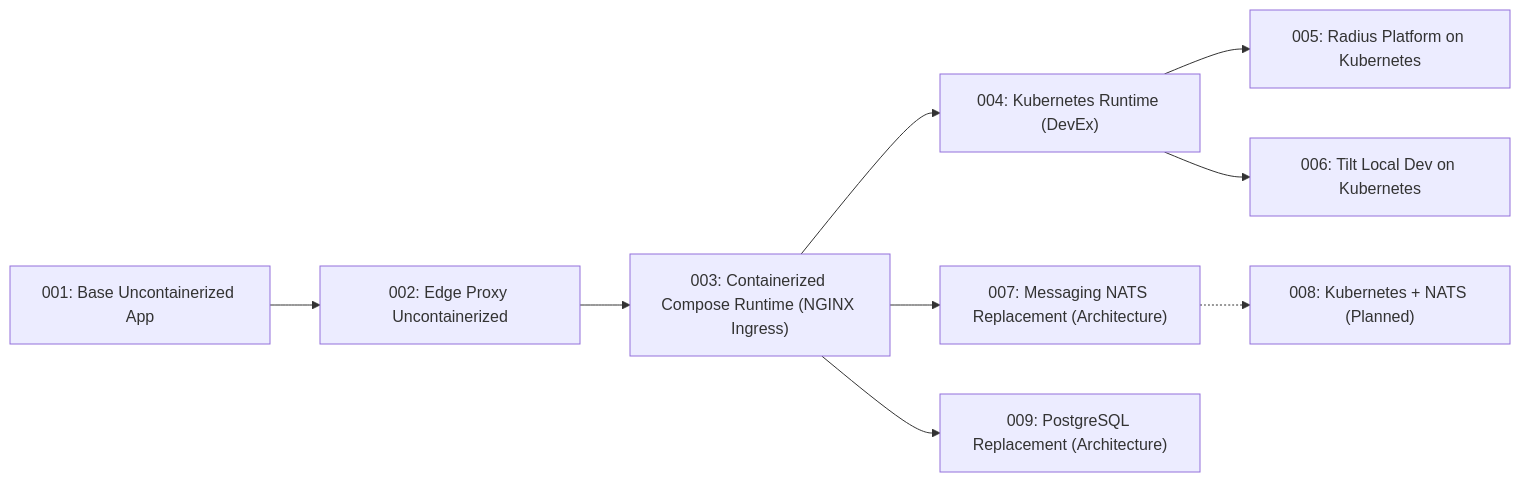
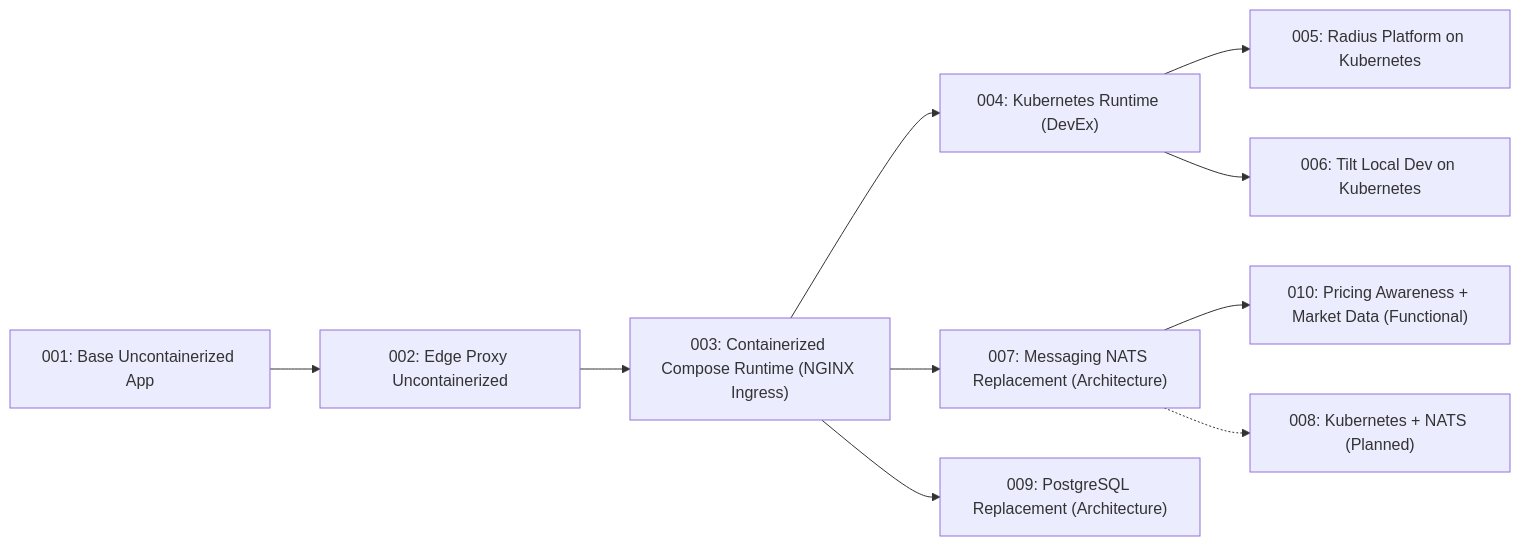
Before and after one commit to finos/traderX: the first of 2 diagrams in docs/spec-kit/visual-learning-graphs.md, drawn with Mermaid. The commit also changed other lines of this file and 65 other files, not shown here.

Commit message:
state-010: add pricing-aware functional track and publish docs

````diff
--- a/docs/spec-kit/visual-learning-graphs.md
+++ b/docs/spec-kit/visual-learning-graphs.md
@@ -11,20 +11,22 @@
 ```mermaid
 flowchart LR
   S001["001: Base Uncontainerized App"] --> S002["002: Edge Proxy Uncontainerized"]
   S002 --> S003["003: Containerized Compose Runtime (NGINX Ingress)"]
   S003 --> S004["004: Kubernetes Runtime (DevEx)"]
   S003 --> S007["007: Messaging NATS Replacement (Architecture)"]
   S003 --> S009["009: PostgreSQL Replacement (Architecture)"]
+  S007 --> S010["010: Pricing Awareness + Market Data (Functional)"]
   S004 --> S005["005: Radius Platform on Kubernetes"]
   S004 --> S006["006: Tilt Local Dev on Kubernetes"]
   S007 -.-> S008["008: Kubernetes + NATS (Planned)"]
 
   click S001 href "/specs/baseline-uncontainerized-parity" "Open State 001 Spec Pack"
   click S002 href "/specs/edge-proxy-uncontainerized" "Open State 002 Spec Pack"
   click S003 href "/specs/containerized-compose-runtime" "Open State 003 Spec Pack"
   click S004 href "/specs/kubernetes-runtime" "Open State 004 Spec Pack"
   click S005 href "/specs/radius-kubernetes-platform" "Open State 005 Spec Pack"
   click S006 href "/specs/tilt-kubernetes-dev-loop" "Open State 006 Spec Pack"
   click S007 href "/specs/messaging-nats-replacement" "Open State 007 Spec Pack"
   click S009 href "/specs/postgres-database-replacement" "Open State 009 Spec Pack"
+  click S010 href "/specs/pricing-awareness-market-data" "Open State 010 Spec Pack"
 ```
````
